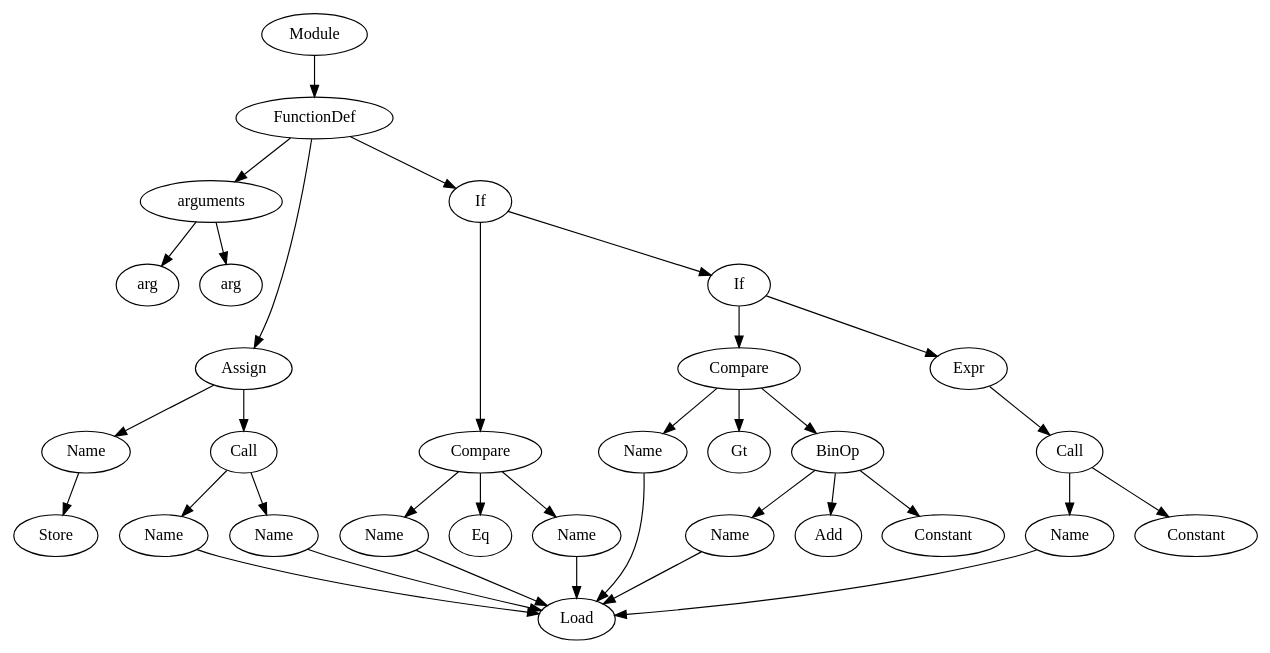
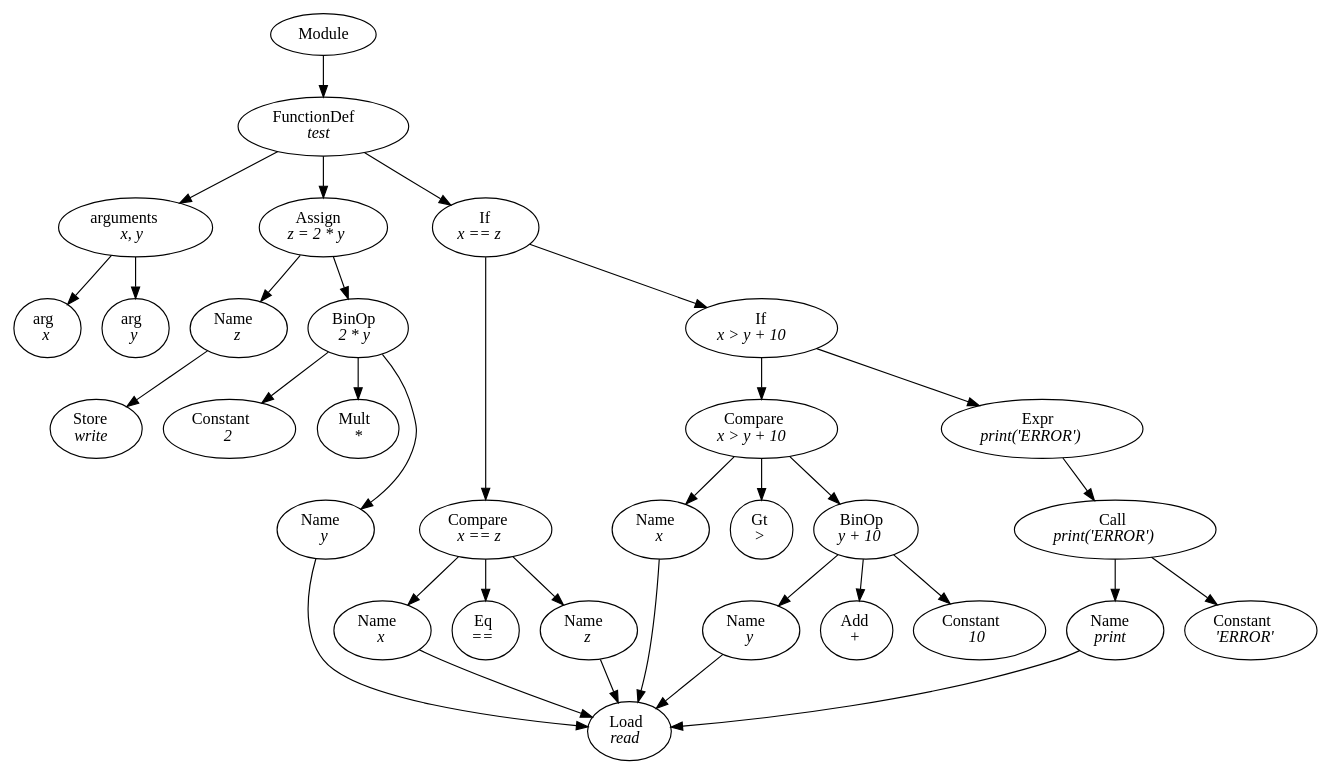
The diagram in DynamicAnalyzer/test.dot (joannacss/sse-fa26), drawn with Graphviz before and after one commit. The commit also changed 12 other files, not shown here.

```diff
--- a/DynamicAnalyzer/test.dot
+++ b/DynamicAnalyzer/test.dot
@@ -1,71 +1,71 @@
 digraph {
-	4459053008 [label=Module]
-	4459052944 [label=FunctionDef]
-	4459053008 -> 4459052944
-	4459052880 [label=arguments]
-	4459052944 -> 4459052880
-	4459052816 [label=arg]
-	4459052880 -> 4459052816
-	4459052752 [label=arg]
-	4459052880 -> 4459052752
-	4459052688 [label=Assign]
-	4459052944 -> 4459052688
-	4459052624 [label=Name]
-	4459052688 -> 4459052624
-	4458695312 [label=Store]
-	4459052624 -> 4458695312
-	4459052560 [label=Call]
-	4459052688 -> 4459052560
-	4459052496 [label=Name]
-	4459052560 -> 4459052496
-	4458695184 [label=Load]
-	4459052496 -> 4458695184
-	4459052368 [label=Name]
-	4459052560 -> 4459052368
-	4458695184 [label=Load]
-	4459052368 -> 4458695184
-	4459052240 [label=If]
-	4459052944 -> 4459052240
-	4459052176 [label=Compare]
-	4459052240 -> 4459052176
-	4459052112 [label=Name]
-	4459052176 -> 4459052112
-	4458695184 [label=Load]
-	4459052112 -> 4458695184
-	4458699280 [label=Eq]
-	4459052176 -> 4458699280
-	4459051920 [label=Name]
-	4459052176 -> 4459051920
-	4458695184 [label=Load]
-	4459051920 -> 4458695184
-	4459051728 [label=If]
-	4459052240 -> 4459051728
-	4459051664 [label=Compare]
-	4459051728 -> 4459051664
-	4459051600 [label=Name]
-	4459051664 -> 4459051600
-	4458695184 [label=Load]
-	4459051600 -> 4458695184
-	4458699792 [label=Gt]
-	4459051664 -> 4458699792
-	4459051536 [label=BinOp]
-	4459051664 -> 4459051536
-	4459051472 [label=Name]
-	4459051536 -> 4459051472
-	4458695184 [label=Load]
-	4459051472 -> 4458695184
-	4458696464 [label=Add]
-	4459051536 -> 4458696464
-	4459050768 [label=Constant]
-	4459051536 -> 4459050768
-	4458380112 [label=Expr]
-	4459051728 -> 4458380112
-	4458451216 [label=Call]
-	4458380112 -> 4458451216
-	4460054480 [label=Name]
-	4458451216 -> 4460054480
-	4458695184 [label=Load]
-	4460054480 -> 4458695184
-	4460054224 [label=Constant]
-	4458451216 -> 4460054224
+	4560971984 [label=Module]
+	4560064592 [label=<FunctionDef<BR/><I>test</I>>]
+	4560971984 -> 4560064592
+	4566149136 [label=<arguments<BR/><I>x, y</I>>]
+	4560064592 -> 4566149136
+	4566149200 [label=<arg<BR/><I>x</I>>]
+	4566149136 -> 4566149200
+	4566149264 [label=<arg<BR/><I>y</I>>]
+	4566149136 -> 4566149264
+	4486181904 [label=<Assign<BR/><I>z = 2 * y</I>>]
+	4560064592 -> 4486181904
+	4517020176 [label=<Name<BR/><I>z</I>>]
+	4486181904 -> 4517020176
+	4376338576 [label=<Store<BR/><I>write</I>>]
+	4517020176 -> 4376338576
+	4566149328 [label=<BinOp<BR/><I>2 * y</I>>]
+	4486181904 -> 4566149328
+	4566149392 [label=<Constant<BR/><I>2</I>>]
+	4566149328 -> 4566149392
+	4376339984 [label=<Mult<BR/><I>*</I>>]
+	4566149328 -> 4376339984
+	4566149456 [label=<Name<BR/><I>y</I>>]
+	4566149328 -> 4566149456
+	4376338448 [label=<Load<BR/><I>read</I>>]
+	4566149456 -> 4376338448
+	4566149520 [label=<If<BR/><I>x == z</I>>]
+	4560064592 -> 4566149520
+	4566149584 [label=<Compare<BR/><I>x == z</I>>]
+	4566149520 -> 4566149584
+	4566149648 [label=<Name<BR/><I>x</I>>]
+	4566149584 -> 4566149648
+	4376338448 [label=<Load<BR/><I>read</I>>]
+	4566149648 -> 4376338448
+	4376342544 [label=<Eq<BR/><I>==</I>>]
+	4566149584 -> 4376342544
+	4566149712 [label=<Name<BR/><I>z</I>>]
+	4566149584 -> 4566149712
+	4376338448 [label=<Load<BR/><I>read</I>>]
+	4566149712 -> 4376338448
+	4566149776 [label=<If<BR/><I>x &gt; y + 10</I>>]
+	4566149520 -> 4566149776
+	4566149840 [label=<Compare<BR/><I>x &gt; y + 10</I>>]
+	4566149776 -> 4566149840
+	4566149904 [label=<Name<BR/><I>x</I>>]
+	4566149840 -> 4566149904
+	4376338448 [label=<Load<BR/><I>read</I>>]
+	4566149904 -> 4376338448
+	4376343056 [label=<Gt<BR/><I>&gt;</I>>]
+	4566149840 -> 4376343056
+	4566149968 [label=<BinOp<BR/><I>y + 10</I>>]
+	4566149840 -> 4566149968
+	4566150032 [label=<Name<BR/><I>y</I>>]
+	4566149968 -> 4566150032
+	4376338448 [label=<Load<BR/><I>read</I>>]
+	4566150032 -> 4376338448
+	4376339728 [label=<Add<BR/><I>+</I>>]
+	4566149968 -> 4376339728
+	4566150096 [label=<Constant<BR/><I>10</I>>]
+	4566149968 -> 4566150096
+	4566150160 [label=<Expr<BR/><I>print(&#x27;ERROR&#x27;)</I>>]
+	4566149776 -> 4566150160
+	4566150224 [label=<Call<BR/><I>print(&#x27;ERROR&#x27;)</I>>]
+	4566150160 -> 4566150224
+	4566150288 [label=<Name<BR/><I>print</I>>]
+	4566150224 -> 4566150288
+	4376338448 [label=<Load<BR/><I>read</I>>]
+	4566150288 -> 4376338448
+	4566150352 [label=<Constant<BR/><I>&#x27;ERROR&#x27;</I>>]
+	4566150224 -> 4566150352
 }
```
